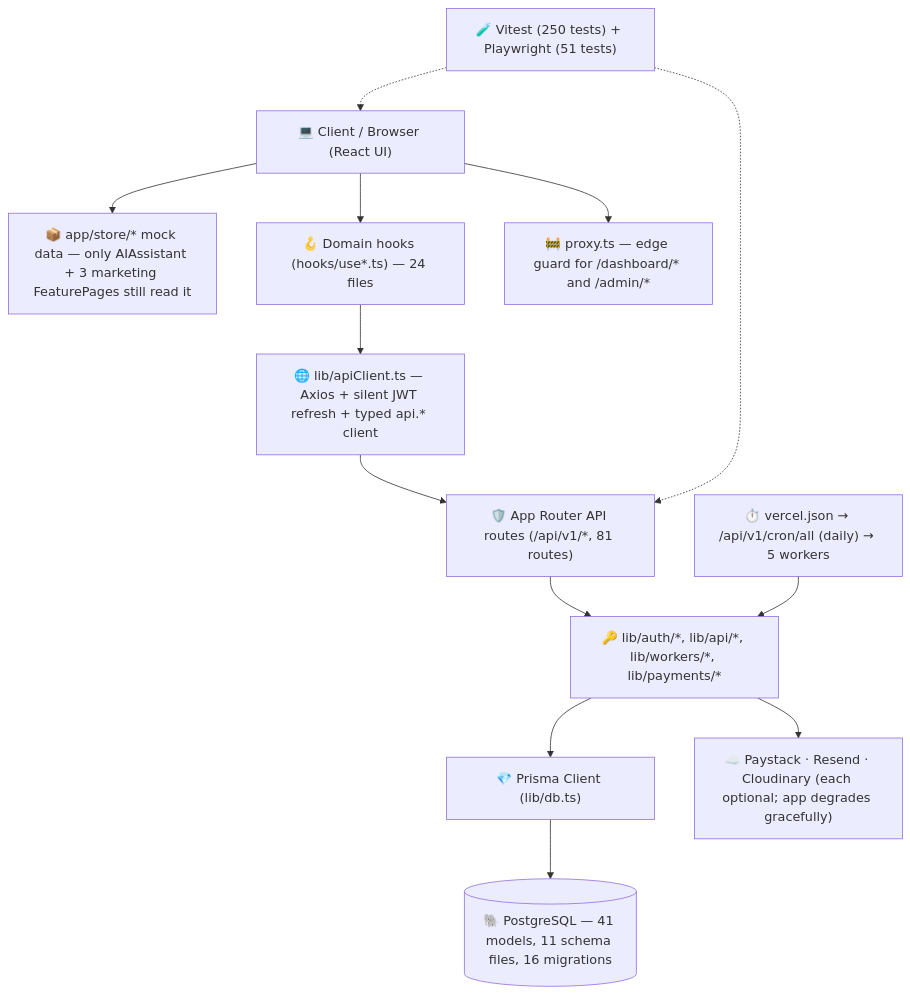
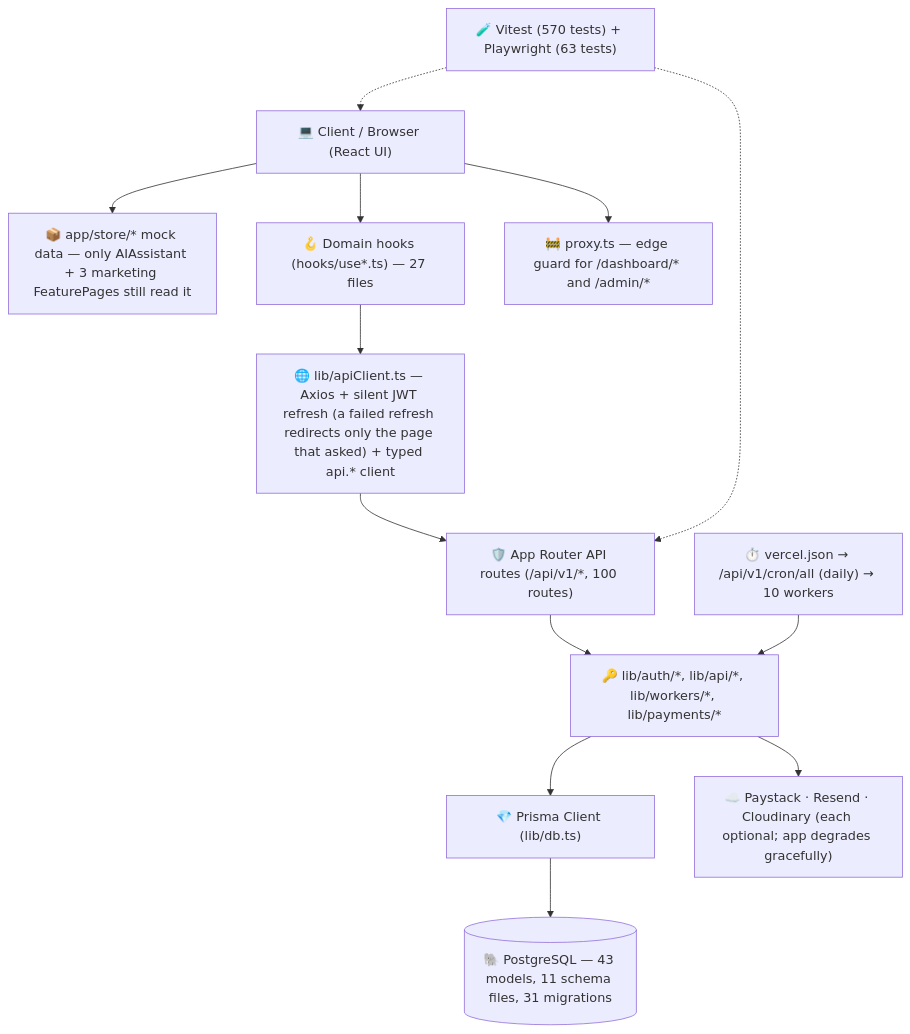
One commit to Proplity/proplity changed the diagram in PROJECT_STRUCTURE.md. Above: the diagram before and after it, drawn with Mermaid. The commit also changed other lines of this file and 14 other files, not shown here.

````diff
--- a/PROJECT_STRUCTURE.md
+++ b/PROJECT_STRUCTURE.md
@@ -11,28 +11,28 @@
 ```mermaid
 graph TD
     Client["💻 Client / Browser (React UI)"]
     Store["📦 app/store/* mock data — only AIAssistant + 3 marketing FeaturePages still read it"]
-    Hooks["🪝 Domain hooks (hooks/use*.ts) — 24 files"]
-    ApiClient["🌐 lib/apiClient.ts — Axios + silent JWT refresh + typed api.* client"]
+    Hooks["🪝 Domain hooks (hooks/use*.ts) — 27 files"]
+    ApiClient["🌐 lib/apiClient.ts — Axios + silent JWT refresh (a failed refresh redirects only the page that asked) + typed api.* client"]
     Proxy["🚧 proxy.ts — edge guard for /dashboard/* and /admin/*"]
-    NextApi["🛡️ App Router API routes (/api/v1/*, 81 routes)"]
+    NextApi["🛡️ App Router API routes (/api/v1/*, 100 routes)"]
     LibCore["🔑 lib/auth/*, lib/api/*, lib/workers/*, lib/payments/*"]
     PrismaClient["💎 Prisma Client (lib/db.ts)"]
-    Postgres[("🐘 PostgreSQL — 41 models, 11 schema files, 16 migrations")]
-    Cron["⏱️ vercel.json → /api/v1/cron/all (daily) → 5 workers"]
+    Postgres[("🐘 PostgreSQL — 43 models, 11 schema files, 31 migrations")]
+    Cron["⏱️ vercel.json → /api/v1/cron/all (daily) → 10 workers"]
     Ext["☁️ Paystack · Resend · Cloudinary (each optional; app degrades gracefully)"]
-    Tests["🧪 Vitest (250 tests) + Playwright (51 tests)"]
+    Tests["🧪 Vitest (570 tests) + Playwright (63 tests)"]
 
     Client --> Store
     Client --> Proxy
     Client --> Hooks
     Hooks --> ApiClient
     ApiClient --> NextApi
     NextApi --> LibCore
     LibCore --> PrismaClient
     LibCore --> Ext
     Cron --> LibCore
     PrismaClient --> Postgres
     Tests -.-> NextApi
     Tests -.-> Client
 ```
````
